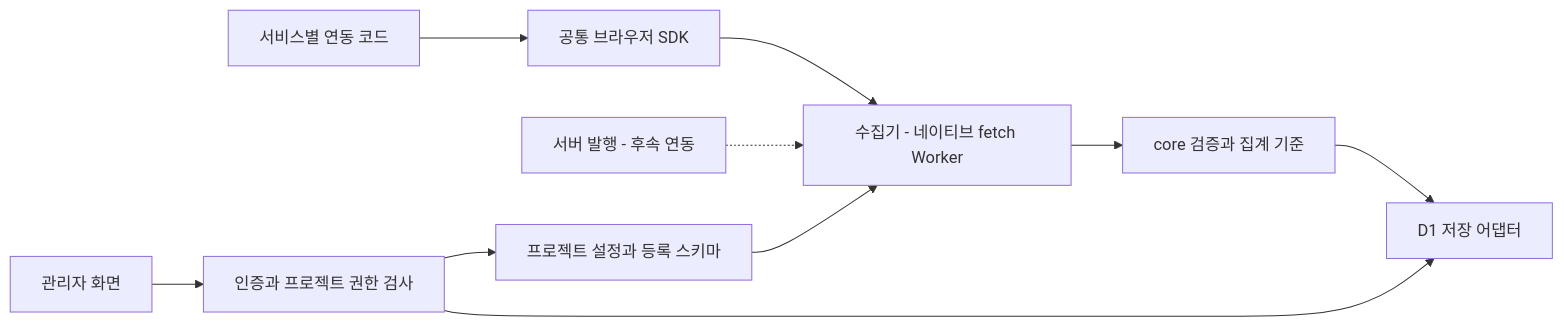
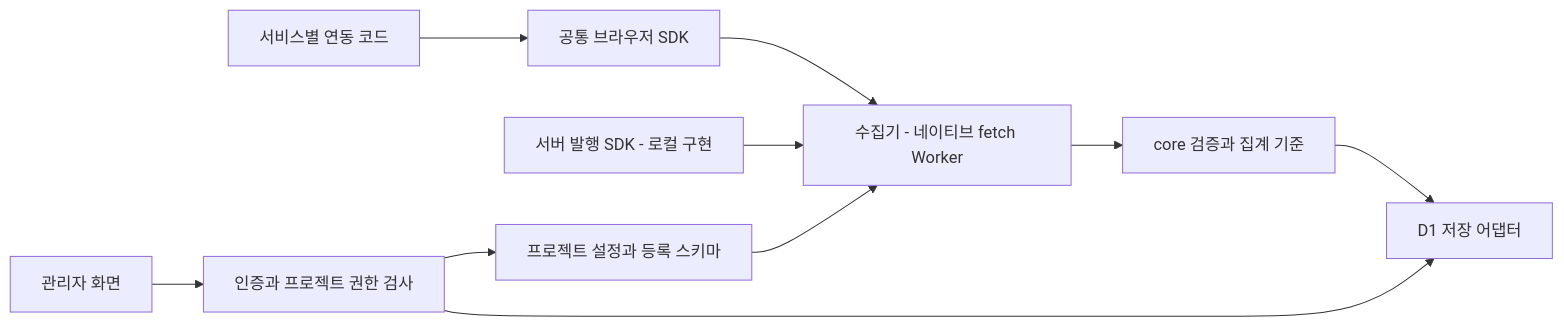
One commit to 0disoft/tallyfin changed the diagram in ARCHITECTURE.md. Above: the diagram before and after it, drawn with Mermaid. The commit also changed other lines of this file and 15 other files, not shown here.

````diff
--- a/ARCHITECTURE.md
+++ b/ARCHITECTURE.md
@@ -5,12 +5,12 @@
 ```mermaid
 flowchart LR
   H["서비스별 연동 코드"] --> B["공통 브라우저 SDK"]
   B --> C["수집기 - 네이티브 fetch Worker"]
-  S["서버 발행 - 후속 연동"] -.-> C
+  S["서버 발행 SDK - 로컬 구현"] --> C
   R["프로젝트 설정과 등록 스키마"] --> C
   C --> V["core 검증과 집계 기준"]
   V --> D["D1 저장 어댑터"]
   A["관리자 화면"] --> Q["인증과 프로젝트 권한 검사"]
   Q --> R
   Q --> D
 ```
````
